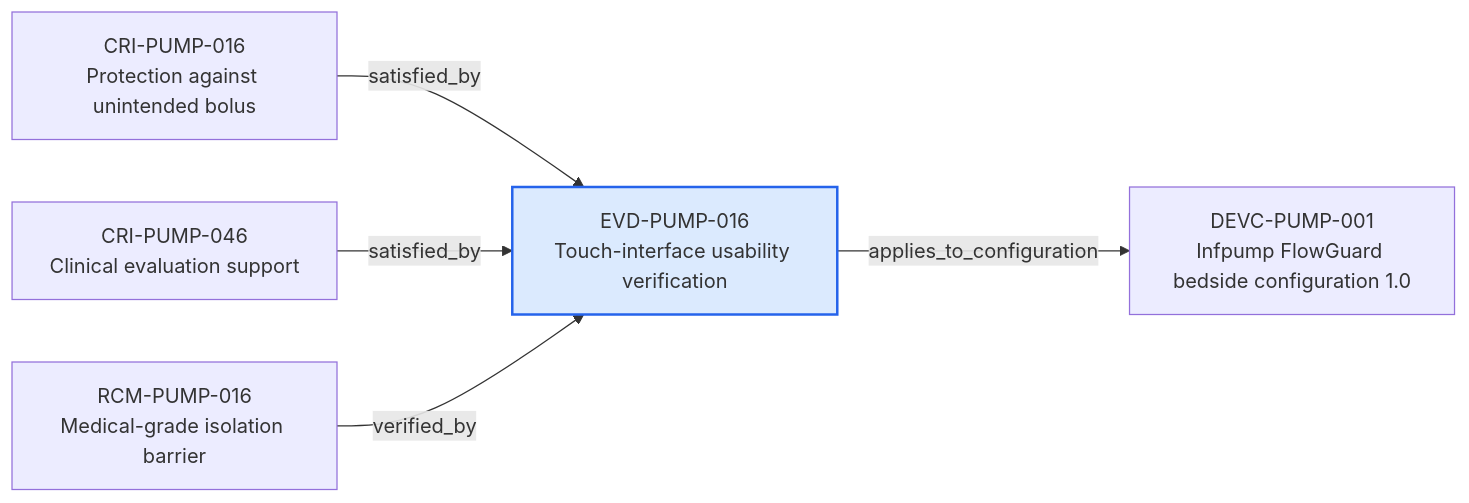
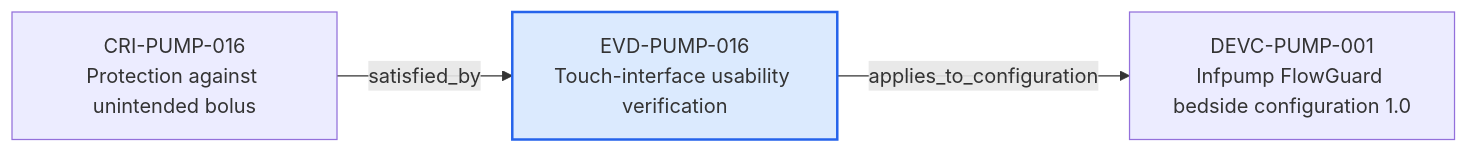
Before and after one commit to mvattulainen/mdrontology: the diagram in content/06-Infpump FlowGuard ontology notes/verification-evidence/EVD-PUMP-016-touch-interface-usability-verification.md, drawn with Mermaid. The commit also changed other lines of this file and 321 other files, not shown here.

Commit message:
Implement Mermaid ontology audit findings

````diff
--- a/content/06-Infpump FlowGuard ontology notes/verification-evidence/EVD-PUMP-016-touch-interface-usability-verification.md
+++ b/content/06-Infpump FlowGuard ontology notes/verification-evidence/EVD-PUMP-016-touch-interface-usability-verification.md
@@ -73,14 +73,10 @@
 ```mermaid
 flowchart LR
   CURRENT["EVD-PUMP-016<br/>Touch-interface usability verification"]
   PREV0["CRI-PUMP-016<br/>Protection against unintended bolus"]
   PREV0 -->|"satisfied_by"| CURRENT
-  PREV1["CRI-PUMP-046<br/>Clinical evaluation support"]
-  PREV1 -->|"satisfied_by"| CURRENT
-  PREV2["RCM-PUMP-016<br/>Medical-grade isolation barrier"]
-  PREV2 -->|"verified_by"| CURRENT
   NEXT0["DEVC-PUMP-001<br/>Infpump FlowGuard bedside configuration 1.0"]
   CURRENT -->|"applies_to_configuration"| NEXT0
   classDef current fill:#dbeafe,stroke:#2563eb,stroke-width:2px
   class CURRENT current
 ```
````
